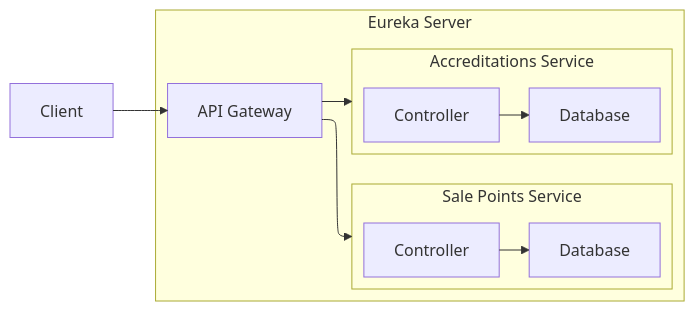
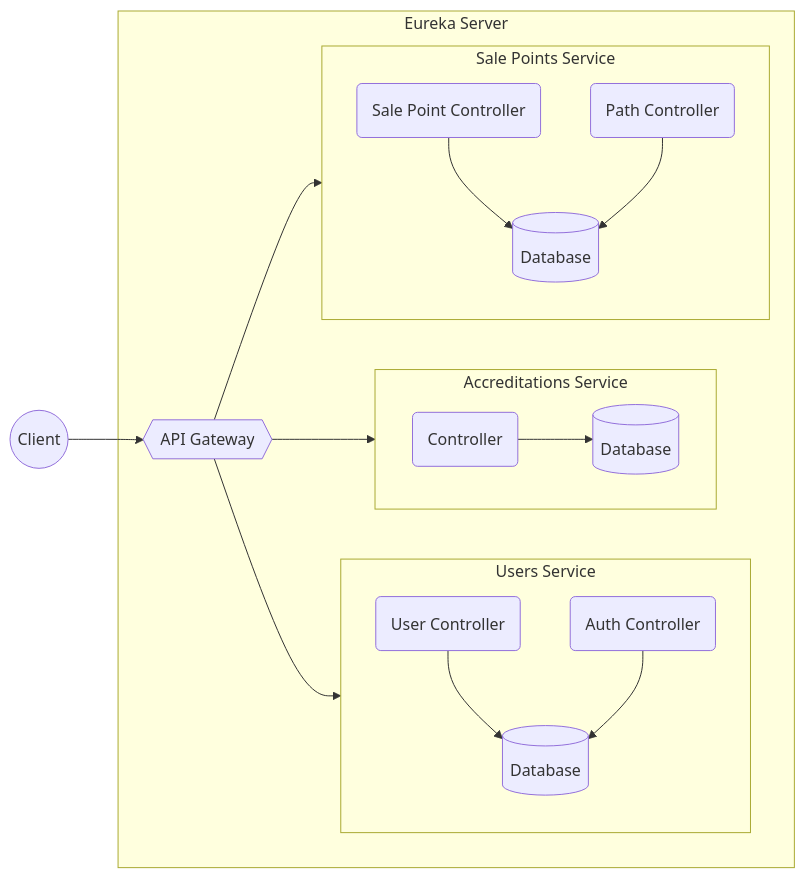
The first of 3 diagrams in README.md (nekusu/java-challenge-2025), drawn with Mermaid before and after one commit. The commit also changed other lines of this file, not shown here.

````diff
--- a/README.md
+++ b/README.md
@@ -26,25 +30,33 @@
 ```mermaid
----
-config:
-    layout: "elk"
----
 flowchart LR
  subgraph EurekaServer["Eureka Server"]
-        ApiGateway["API Gateway"]
+        ApiGateway{{"API Gateway"}}
+        UsersService["Users Service"]
+        AccreditationsService["Accreditations Service"]
         SalePointsService["Sale Points Service"]
-        AccreditationsService["Accreditations Service"]
+  end
+  subgraph UsersService["Users Service"]
+        direction TB
+        AuthController("Auth Controller")
+        UserController("User Controller")
+        UsersDatabase[("Database")]
+  end
+ subgraph AccreditationsService["Accreditations Service"]
+        direction LR
+        AccreditationsController("Controller")
+        AccreditationsDatabase[("Database")]
   end
  subgraph SalePointsService["Sale Points Service"]
-        SalePointsDatabase["Database"]
-        SalePointsController["Controller"]
+        direction TB
+        SalePointController("Sale Point Controller")
+        PathController("Path Controller")
+        SalePointsDatabase[("Database")]
   end
- subgraph AccreditationsService["Accreditations Service"]
-        AccreditationsDatabase["Database"]
-        AccreditationsController["Controller"]
-  end
-    Client --> ApiGateway
-    SalePointsController --> SalePointsDatabase
+    Client((Client)) --> ApiGateway
+    UserController --> UsersDatabase
+    AuthController --> UsersDatabase
     AccreditationsController --> AccreditationsDatabase
-    ApiGateway --> SalePointsService & AccreditationsService
-
+    SalePointController --> SalePointsDatabase
+    PathController --> SalePointsDatabase
+    ApiGateway --> UsersService & AccreditationsService & SalePointsService
 ```
````
